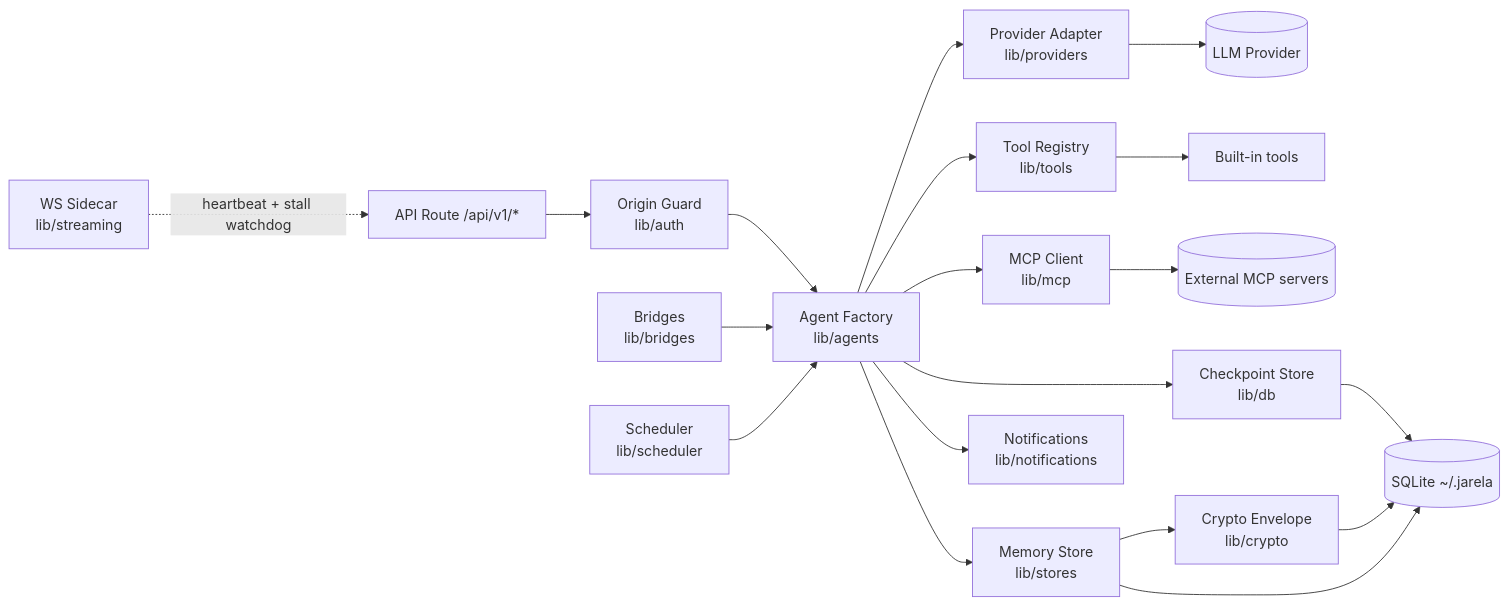
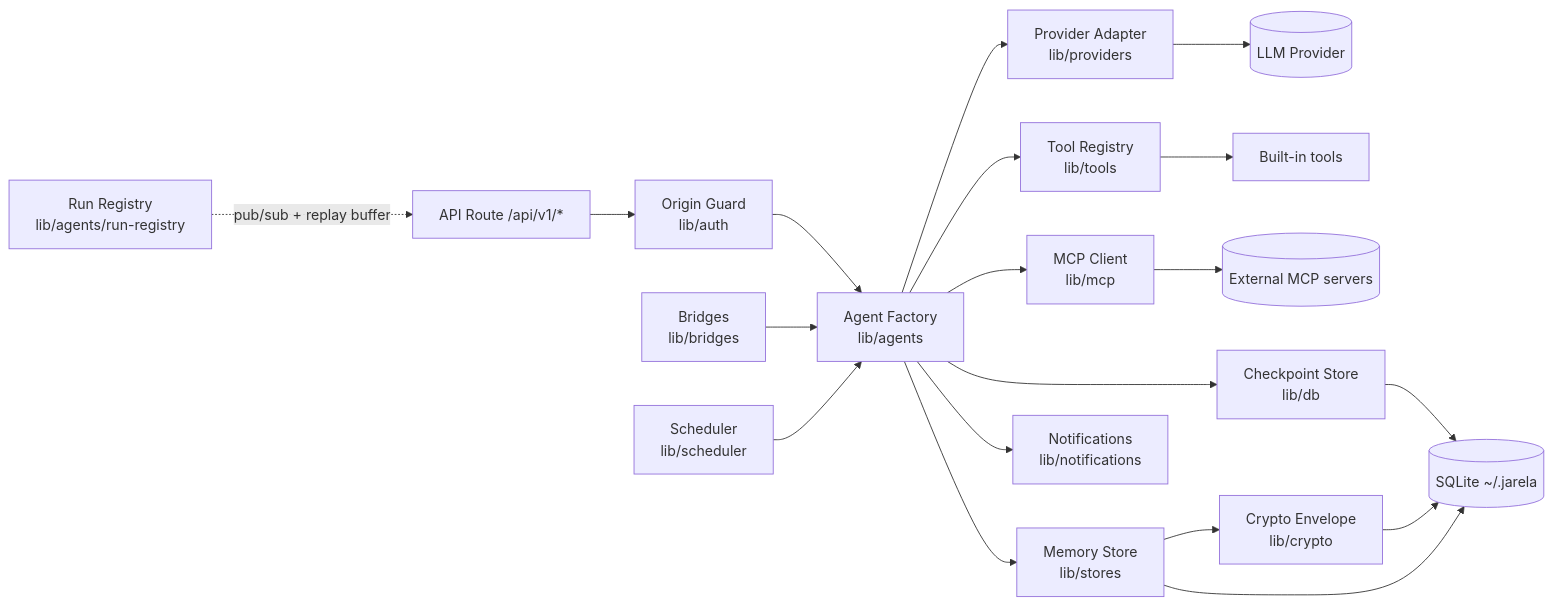
The second of 5 diagrams in ARCHITECTURE.md (CircuitWall/jarela), drawn with Mermaid before and after one commit. The commit also changed other lines of this file and 12 other files, not shown here.

````diff
--- a/ARCHITECTURE.md
+++ b/ARCHITECTURE.md
@@ -58,21 +59,21 @@
 ```mermaid
 flowchart LR
     A[API Route /api/v1/*] --> G0[Origin Guard<br/>lib/auth]
     G0 --> B[Agent Factory<br/>lib/agents]
     B --> C[Provider Adapter<br/>lib/providers]
     B --> D[Tool Registry<br/>lib/tools]
     B --> E[MCP Client<br/>lib/mcp]
     C --> F[(LLM Provider)]
     D --> G[Built-in tools]
     E --> H[(External MCP servers)]
     B --> I[Checkpoint Store<br/>lib/db]
     I --> J[(SQLite ~/.jarela)]
     B --> K[Memory Store<br/>lib/stores]
     K --> CR[Crypto Envelope<br/>lib/crypto]
     CR --> J
     K --> J
     B --> L[Notifications<br/>lib/notifications]
     BR[Bridges<br/>lib/bridges] --> B
     SC[Scheduler<br/>lib/scheduler] --> B
-    WS[WS Sidecar<br/>lib/streaming] -.heartbeat + stall watchdog.-> A
+    RR[Run Registry<br/>lib/agents/run-registry] -.pub/sub + replay buffer.-> A
 ```
````
